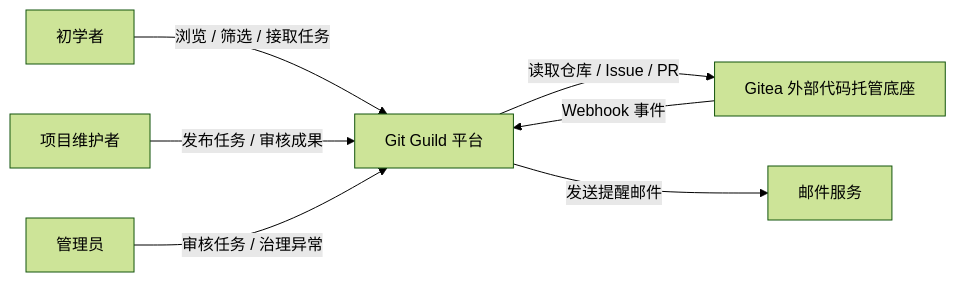
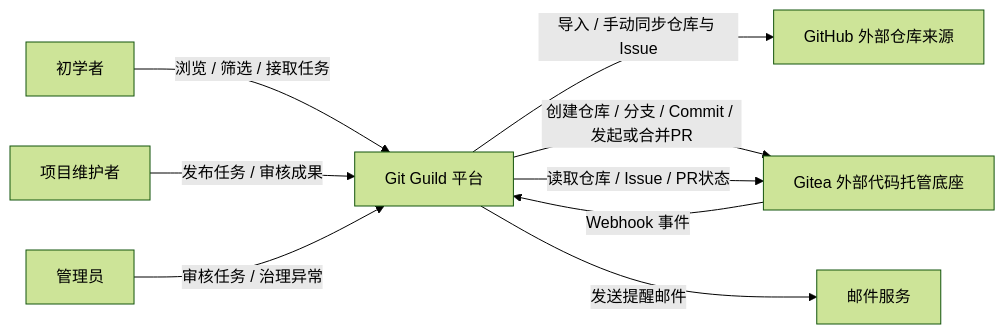
The first of 4 diagrams in docs/P2/架构设计文档.md (ZhenchangMin/Git-Guild), drawn with Mermaid (forest theme) before and after one commit. The commit also changed other lines of this file and 1 other file, not shown here.

````diff
--- a/docs/P2/架构设计文档.md
+++ b/docs/P2/架构设计文档.md
@@ -39,18 +39,21 @@
 ```mermaid
 flowchart LR
     Beginner[初学者]
     Maintainer[项目维护者]
     Admin[管理员]
 
     Platform[Git Guild 平台]
+    GitHub[GitHub 外部仓库来源]
     Gitea[Gitea 外部代码托管底座]
     Mail[邮件服务]
 
     Beginner -->|浏览 / 筛选 / 接取任务| Platform
     Maintainer -->|发布任务 / 审核成果| Platform
     Admin -->|审核任务 / 治理异常| Platform
 
-    Platform -->|读取仓库 / Issue / PR| Gitea
+	Platform -->|导入 / 手动同步仓库与 Issue| GitHub
+	Platform -->|创建仓库 / 分支 / Commit / 发起或合并PR| Gitea
+    Platform -->|读取仓库 / Issue / PR状态| Gitea
     Gitea -->|Webhook 事件| Platform
     Platform -->|发送提醒邮件| Mail
 ```
````
